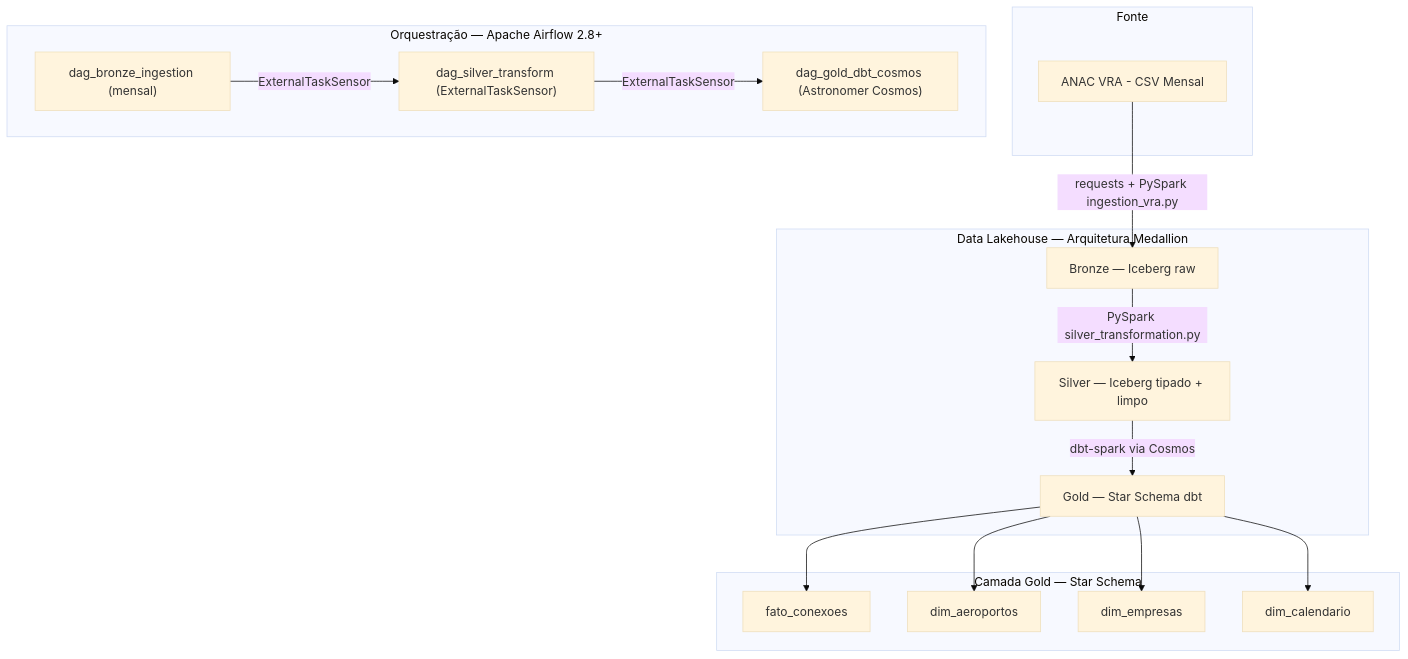
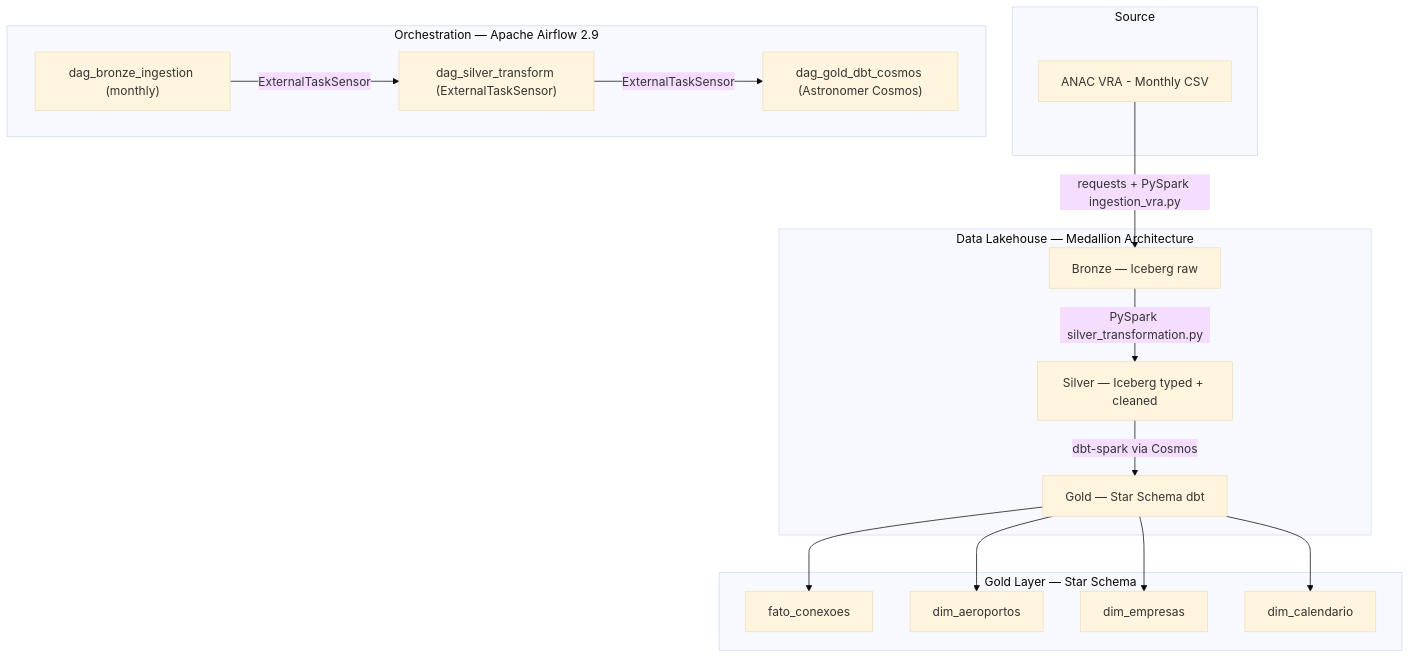
The diagram in readme.md (Pacodeoliv/gru-connect-analytics), drawn with Mermaid (base theme) before and after one commit. The commit also changed other lines of this file and 1 other file, not shown here.

````diff
--- a/readme.md
+++ b/readme.md
@@ -29,35 +29,35 @@
 ```mermaid
 graph TD
-    subgraph Fonte
-        ANAC["ANAC VRA - CSV Mensal"]
+    subgraph Source
+        ANAC["ANAC VRA - Monthly CSV"]
     end
 
-    subgraph Airflow["Orquestração — Apache Airflow 2.8+"]
-        DAG_B["dag_bronze_ingestion (mensal)"]
+    subgraph Airflow["Orchestration — Apache Airflow 2.9"]
+        DAG_B["dag_bronze_ingestion (monthly)"]
         DAG_S["dag_silver_transform (ExternalTaskSensor)"]
         DAG_G["dag_gold_dbt_cosmos (Astronomer Cosmos)"]
         DAG_B -->|ExternalTaskSensor| DAG_S
         DAG_S -->|ExternalTaskSensor| DAG_G
     end
 
-    subgraph Lakehouse["Data Lakehouse — Arquitetura Medallion"]
+    subgraph Lakehouse["Data Lakehouse — Medallion Architecture"]
         BRONZE["Bronze — Iceberg raw"]
-        SILVER["Silver — Iceberg tipado + limpo"]
+        SILVER["Silver — Iceberg typed + cleaned"]
         GOLD["Gold — Star Schema dbt"]
         BRONZE -->|"PySpark silver_transformation.py"| SILVER
         SILVER -->|"dbt-spark via Cosmos"| GOLD
     end
 
-    subgraph Gold_Tables["Camada Gold — Star Schema"]
+    subgraph Gold_Tables["Gold Layer — Star Schema"]
         FATO["fato_conexoes"]
         D1["dim_aeroportos"]
         D2["dim_empresas"]
         D3["dim_calendario"]
         GOLD --> FATO
         GOLD --> D1
         GOLD --> D2
         GOLD --> D3
     end
 
     ANAC -->|"requests + PySpark ingestion_vra.py"| BRONZE
 ```
````
